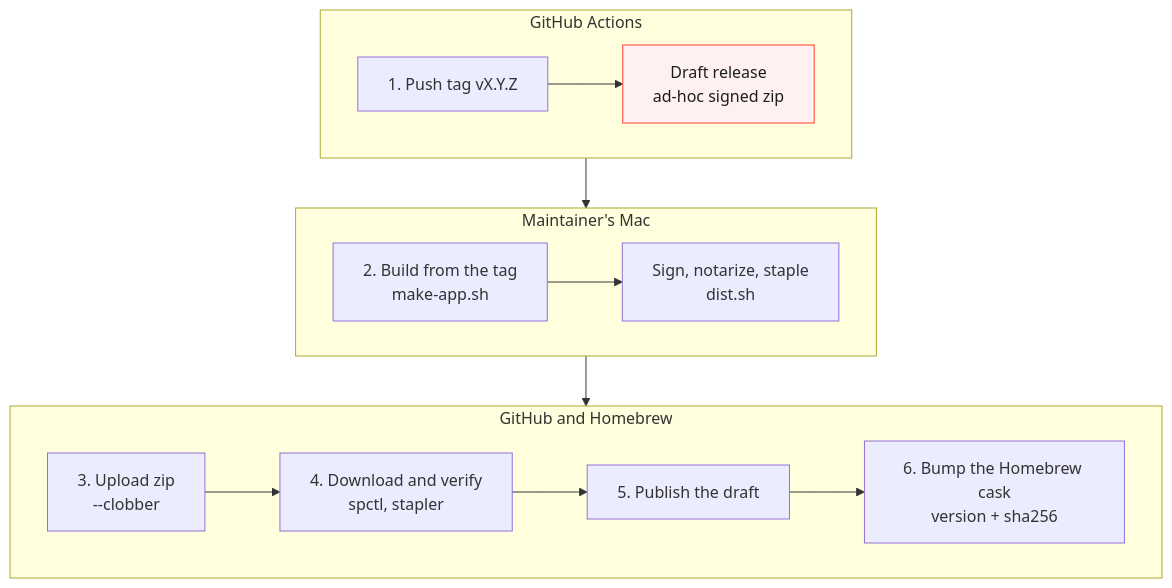
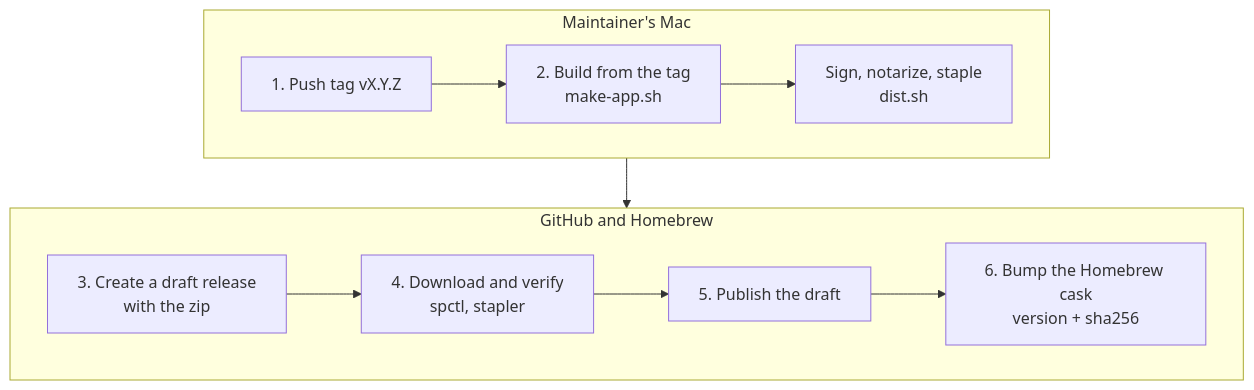
The diagram in docs/diagrams/release-flow.mmd (nikiomori/Pretype), drawn with Mermaid before and after one commit. The commit also changed 5 other files, not shown here.

First line of the commit message:
ci: drop the draft-release workflow

```diff
--- a/docs/diagrams/release-flow.mmd
+++ b/docs/diagrams/release-flow.mmd
@@ -1,20 +1,14 @@
-%% Release flow: CI makes a draft; the maintainer replaces its zip with a notarized build.
+%% Release flow: the maintainer builds and notarizes on a Mac, then attaches that zip to a draft release.
 flowchart TB
-  subgraph ci["GitHub Actions"]
-    direction LR
-    tag["1. Push tag vX.Y.Z"] --> draft["Draft release<br/>ad-hoc signed zip"]
-  end
   subgraph mac["Maintainer's Mac"]
     direction LR
-    build["2. Build from the tag<br/>make-app.sh"] --> notar["Sign, notarize, staple<br/>dist.sh"]
+    tag["1. Push tag vX.Y.Z"] --> build["2. Build from the tag<br/>make-app.sh"]
+    build --> notar["Sign, notarize, staple<br/>dist.sh"]
   end
   subgraph pub["GitHub and Homebrew"]
     direction LR
-    up["3. Upload zip<br/>--clobber"] --> verify["4. Download and verify<br/>spctl, stapler"]
+    draft["3. Create a draft release<br/>with the zip"] --> verify["4. Download and verify<br/>spctl, stapler"]
     verify --> publish["5. Publish the draft"]
     publish --> cask["6. Bump the Homebrew cask<br/>version + sha256"]
   end
-  draft --> build
-  notar --> up
-  classDef warn fill:#fff1f0,stroke:#ff3b30,color:#1d1d1f
-  class draft warn
+  notar --> draft
```
